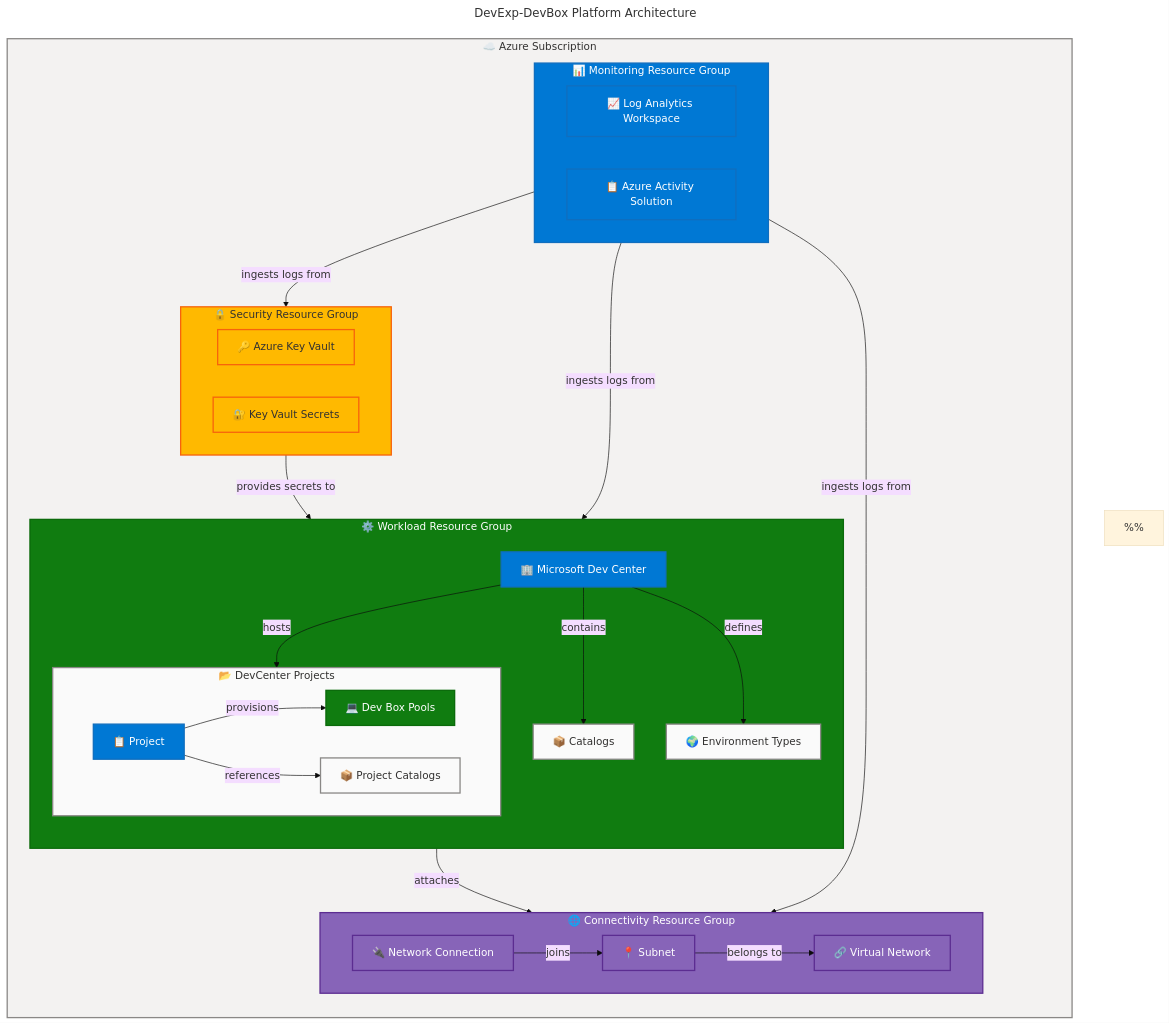
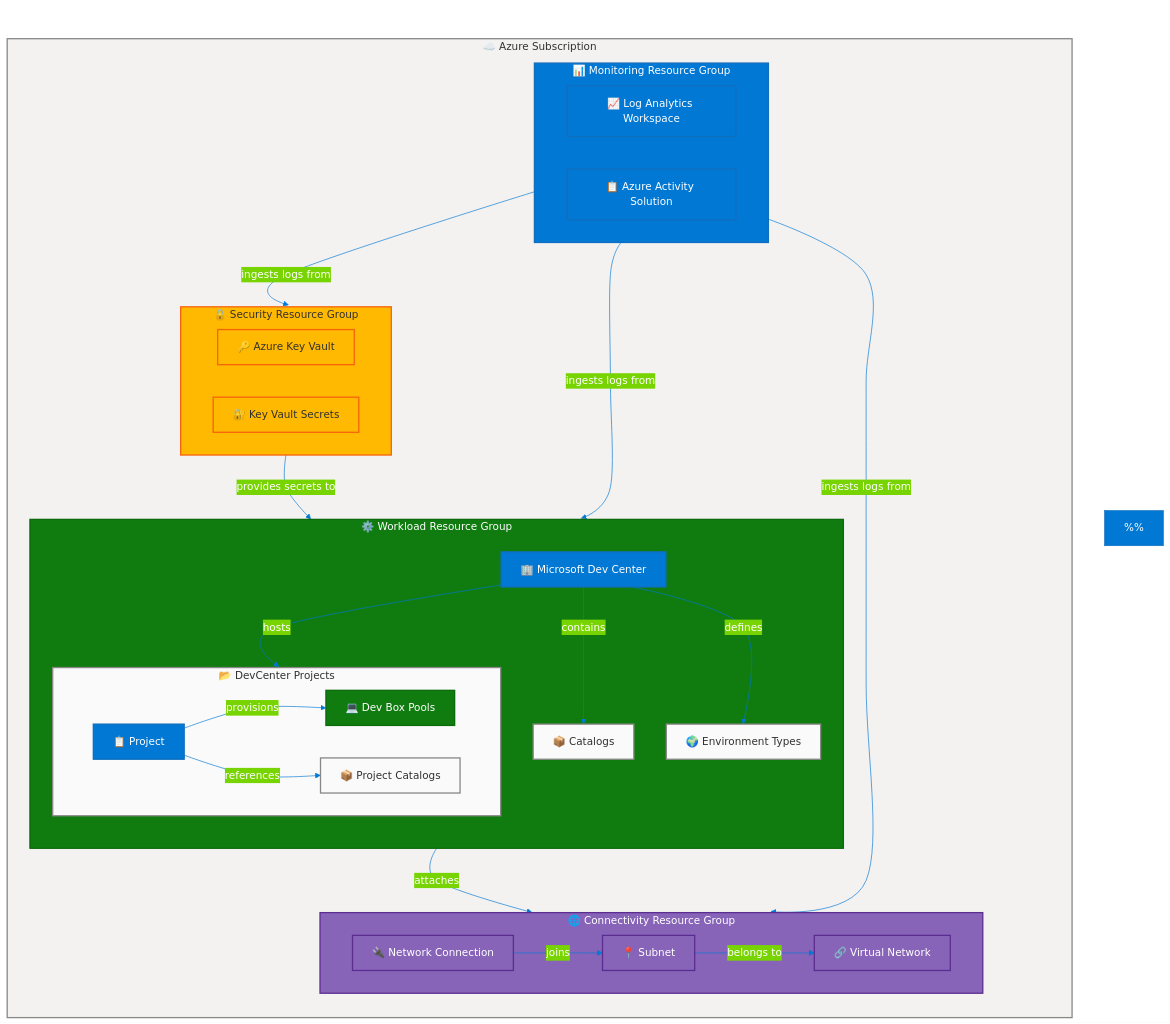
The first of 2 diagrams in README.md (Evilazaro/DevExp-DevBox), drawn with Mermaid before and after one commit. The commit also changed other lines of this file, not shown here.

Commit message:
docs: enhance flowchart configuration with additional theme variables for improved visual clarity

```diff
--- a/README.md
+++ b/README.md
@@ -76,10 +76,15 @@
   theme: base
   look: classic
   layout: dagre
+  flowchart:
+    htmlLabels: true
+    curve: cardinal
   themeVariables:
     fontSize: '16px'
-  flowchart:
-    htmlLabels: true
+    primaryColor: '#0078D4'
+    primaryBorderColor: '#106EBE'
+    primaryTextColor: '#FFFFFF'
+    lineColor: '#0078D4'
 ---
 flowchart TB
     accTitle: DevExp-DevBox Platform Architecture
```
